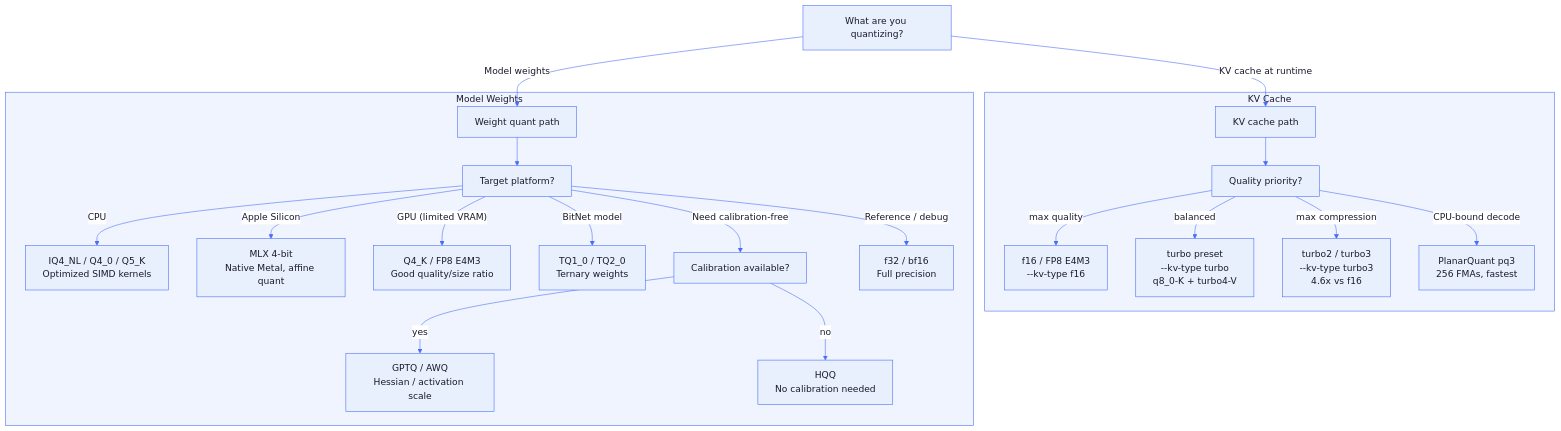
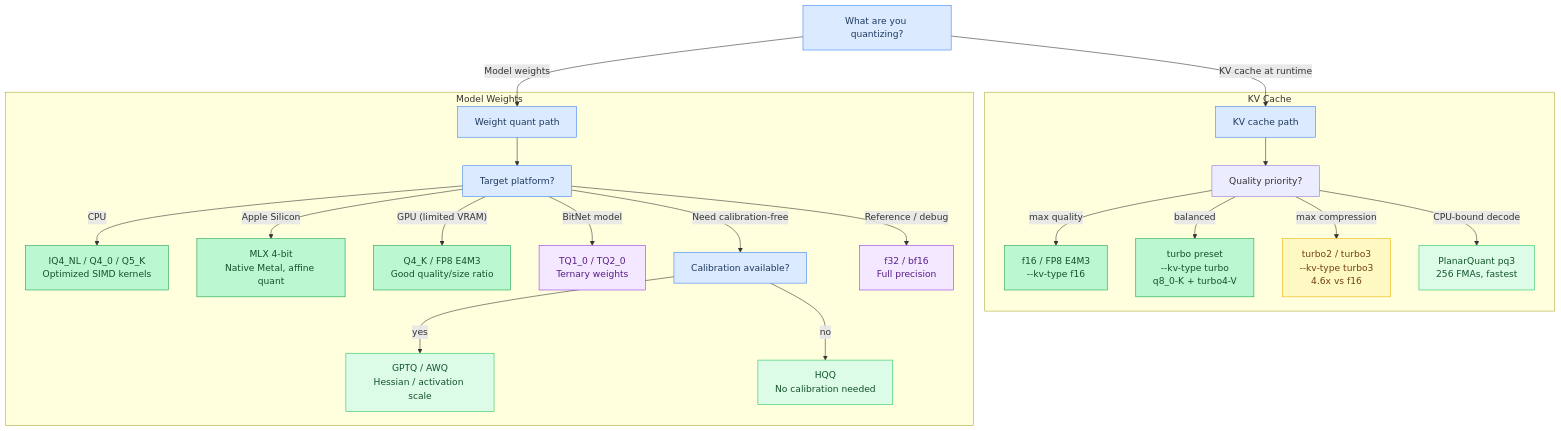
The eighth of 8 diagrams in docs/tutorial/04-quantization.md (maci0/agave), drawn with Mermaid before and after one commit. The commit also changed other lines of this file and 24 other files, not shown here.

First line of the commit message:
docs: convert all mermaid diagrams to classDef semantic colors

````diff
--- a/docs/tutorial/04-quantization.md
+++ b/docs/tutorial/04-quantization.md
@@ -888,44 +860,52 @@
 ```mermaid
-%%{init: {'theme': 'base', 'themeVariables': {
-  'primaryColor': '#e8f0fe',
-  'primaryTextColor': '#1a1a2e',
-  'primaryBorderColor': '#4a6cf7',
-  'lineColor': '#4a6cf7',
-  'secondaryColor': '#f0f4ff',
-  'tertiaryColor': '#f8f9ff',
-  'edgeLabelBackground': '#ffffff',
-  'clusterBkg': '#f0f4ff',
-  'clusterBorder': '#4a6cf7',
-  'titleColor': '#1a1a2e',
-  'nodeTextColor': '#1a1a2e',
-  'fontFamily': 'ui-monospace, SFMono-Regular, monospace'
-}}}%%
 flowchart TD
-    START["What are you quantizing?"]
+    classDef setup     fill:#dbeafe,stroke:#3b82f6,color:#1e3a5f
+    classDef sync      fill:#dcfce7,stroke:#22c55e,color:#14532d
+    classDef migration fill:#fef9c3,stroke:#eab308,color:#713f12
+    classDef success   fill:#bbf7d0,stroke:#16a34a,color:#14532d
+    classDef danger    fill:#fee2e2,stroke:#ef4444,color:#7f1d1d
+    classDef optional  fill:#f3e8ff,stroke:#9333ea,color:#581c87
 
-    START -->|"KV cache at runtime"| KV["KV cache path"]
-    START -->|"Model weights"| WQ["Weight quant path"]
+    START["What are you quantizing?"]:::setup
+    KV["KV cache path"]:::setup
+    WQ["Weight quant path"]:::setup
+    KVF16["f16 / FP8 E4M3\n--kv-type f16"]:::success
+    KVT["turbo preset\n--kv-type turbo\nq8_0-K + turbo4-V"]:::success
+    KVT2["turbo2 / turbo3\n--kv-type turbo3\n4.6x vs f16"]:::migration
+    KVP["PlanarQuant pq3\n256 FMAs, fastest"]:::sync
+    WPlatform["Target platform?"]:::setup
+    WCPU["IQ4_NL / Q4_0 / Q5_K\nOptimized SIMD kernels"]:::success
+    WAPPLE["MLX 4-bit\nNative Metal, affine quant"]:::success
+    WGPU["Q4_K / FP8 E4M3\nGood quality/size ratio"]:::success
+    WBIT["TQ1_0 / TQ2_0\nTernary weights"]:::optional
+    WCAL["Calibration available?"]:::setup
+    WGPTQ["GPTQ / AWQ\nHessian / activation scale"]:::sync
+    WHQQ["HQQ\nNo calibration needed"]:::sync
+    WREF["f32 / bf16\nFull precision"]:::optional
+
+    START -->|"KV cache at runtime"| KV
+    START -->|"Model weights"| WQ
 
     subgraph KVPath["KV Cache"]
         KV --> KVQ["Quality priority?"]
-        KVQ -->|"max quality"| KVF16["f16 / FP8 E4M3\n--kv-type f16"]
-        KVQ -->|"balanced"| KVT["turbo preset\n--kv-type turbo\nq8_0-K + turbo4-V"]
-        KVQ -->|"max compression"| KVT2["turbo2 / turbo3\n--kv-type turbo3\n4.6x vs f16"]
-        KVQ -->|"CPU-bound decode"| KVP["PlanarQuant pq3\n256 FMAs, fastest"]
+        KVQ -->|"max quality"| KVF16
+        KVQ -->|"balanced"| KVT
+        KVQ -->|"max compression"| KVT2
+        KVQ -->|"CPU-bound decode"| KVP
     end
 
     subgraph WPath["Model Weights"]
-        WQ --> WPlatform["Target platform?"]
+        WQ --> WPlatform
 
-        WPlatform -->|"CPU"| WCPU["IQ4_NL / Q4_0 / Q5_K\nOptimized SIMD kernels"]
-        WPlatform -->|"Apple Silicon"| WAPPLE["MLX 4-bit\nNative Metal, affine quant"]
-        WPlatform -->|"GPU (limited VRAM)"| WGPU["Q4_K / FP8 E4M3\nGood quality/size ratio"]
-        WPlatform -->|"BitNet model"| WBIT["TQ1_0 / TQ2_0\nTernary weights"]
+        WPlatform -->|"CPU"| WCPU
+        WPlatform -->|"Apple Silicon"| WAPPLE
+        WPlatform -->|"GPU (limited VRAM)"| WGPU
+        WPlatform -->|"BitNet model"| WBIT
 
-        WPlatform -->|"Need calibration-free"| WCAL["Calibration available?"]
-        WCAL -->|"yes"| WGPTQ["GPTQ / AWQ\nHessian / activation scale"]
-        WCAL -->|"no"| WHQQ["HQQ\nNo calibration needed"]
+        WPlatform -->|"Need calibration-free"| WCAL
+        WCAL -->|"yes"| WGPTQ
+        WCAL -->|"no"| WHQQ
 
-        WPlatform -->|"Reference / debug"| WREF["f32 / bf16\nFull precision"]
+        WPlatform -->|"Reference / debug"| WREF
     end
 ```
````
